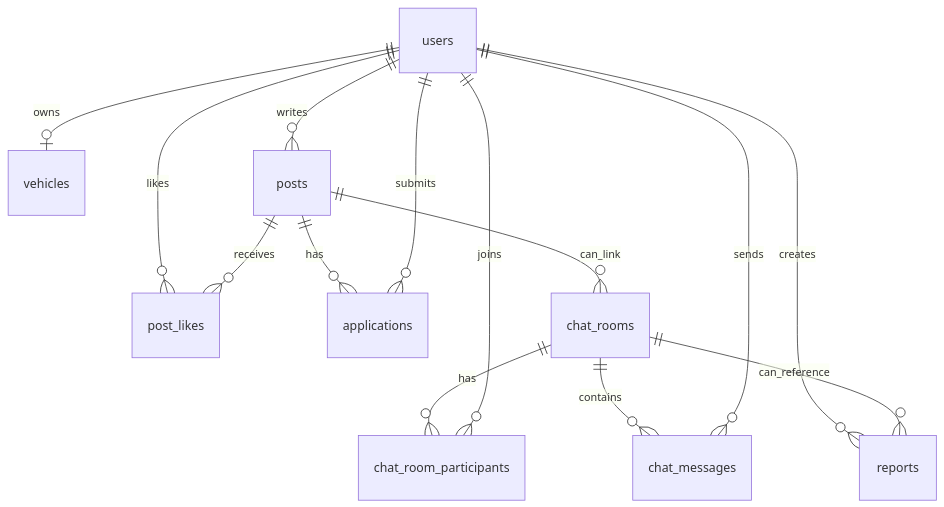
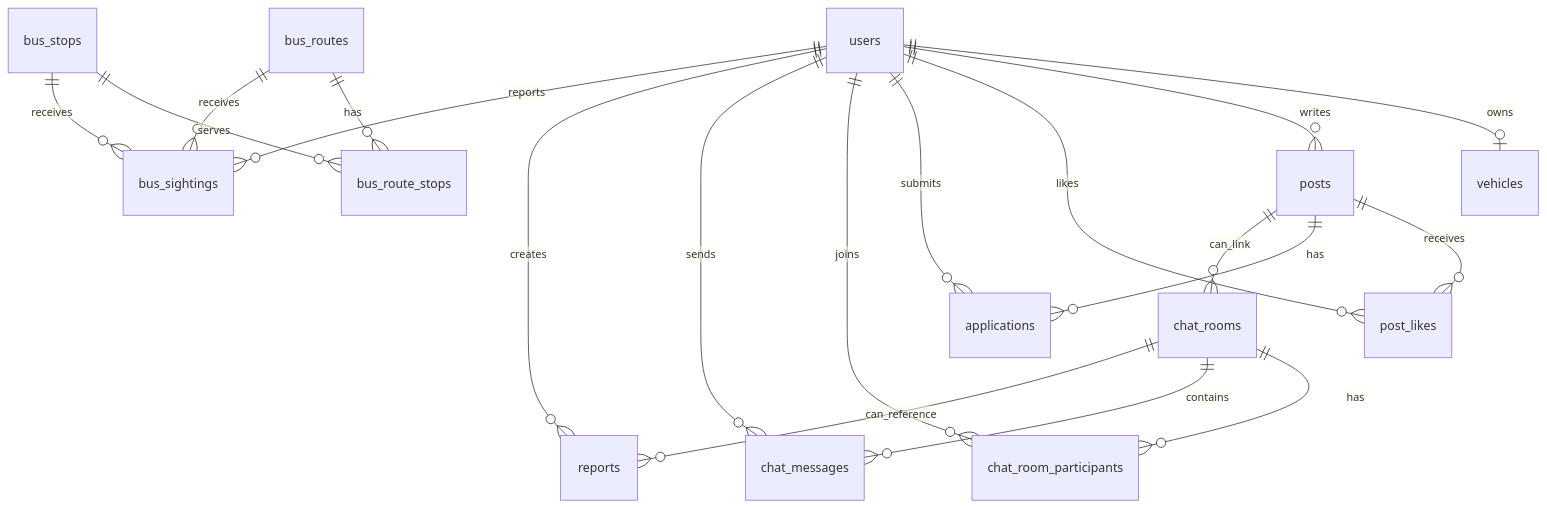
The third of 3 diagrams in docs/current-architecture.md (rammmaa/dairuri), drawn with Mermaid before and after one commit. The commit also changed other lines of this file and 42 other files, not shown here.

````diff
--- a/docs/current-architecture.md
+++ b/docs/current-architecture.md
@@ -139,16 +144,21 @@
 ```mermaid
 erDiagram
   users ||--o| vehicles : owns
   users ||--o{ posts : writes
   users ||--o{ post_likes : likes
   posts ||--o{ post_likes : receives
   posts ||--o{ applications : has
   users ||--o{ applications : submits
   posts ||--o{ chat_rooms : can_link
   chat_rooms ||--o{ chat_room_participants : has
   users ||--o{ chat_room_participants : joins
   chat_rooms ||--o{ chat_messages : contains
   users ||--o{ chat_messages : sends
   users ||--o{ reports : creates
   chat_rooms ||--o{ reports : can_reference
+  bus_routes ||--o{ bus_route_stops : has
+  bus_stops ||--o{ bus_route_stops : serves
+  bus_routes ||--o{ bus_sightings : receives
+  bus_stops ||--o{ bus_sightings : receives
+  users ||--o{ bus_sightings : reports
 ```
````
